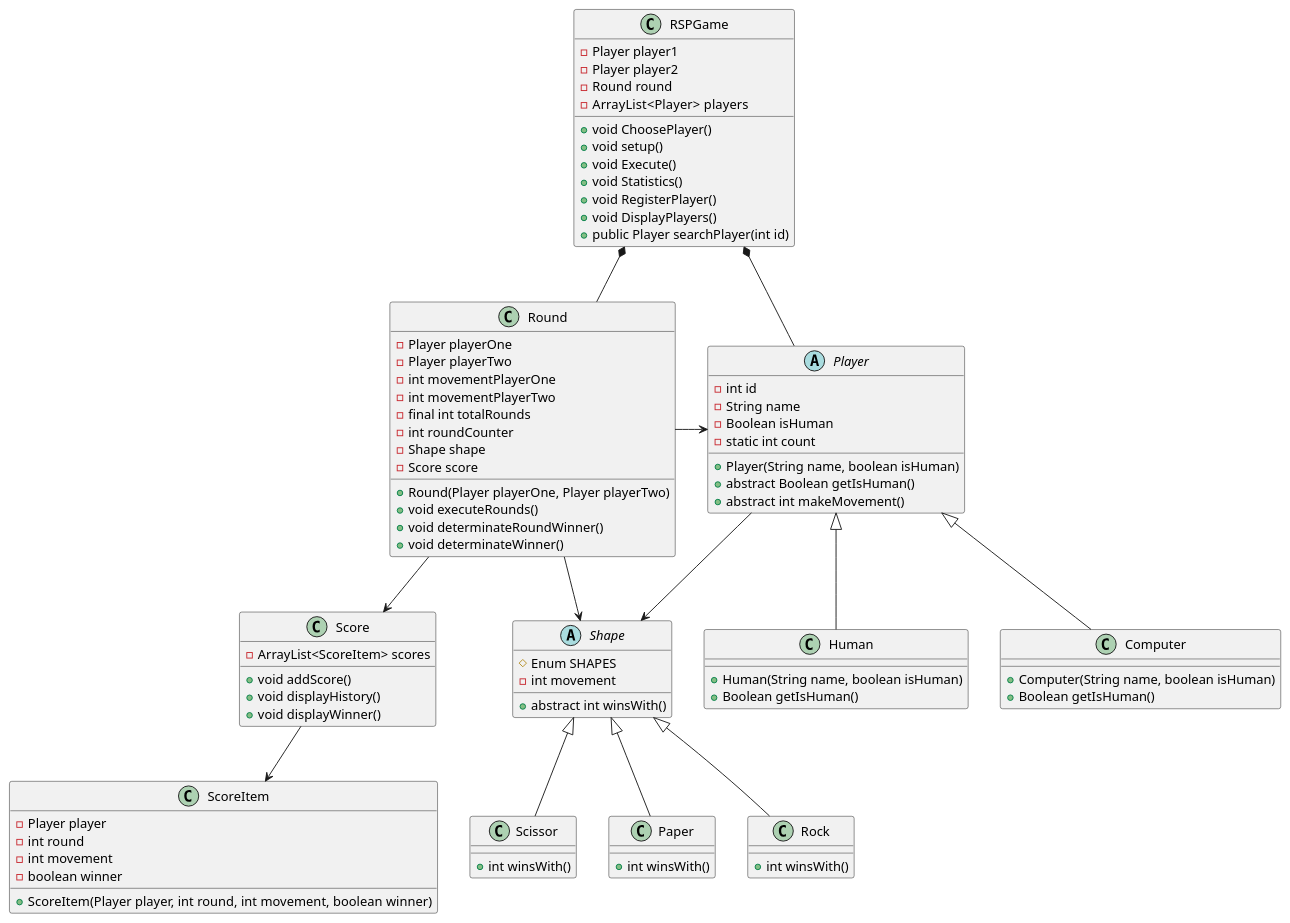
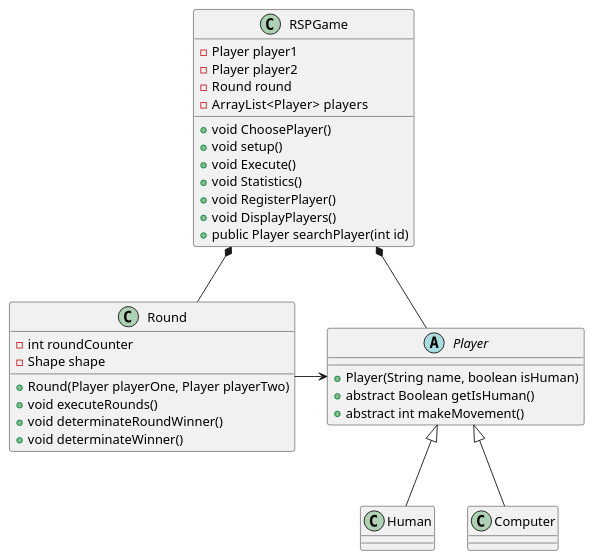
One commit to andrescordovatelus/RockPaperScissor-MVC changed the diagram in docs/rsp-classes.wsd. Above: the diagram before and after it, drawn with PlantUML. The commit also changed 4 other files, not shown here.

Commit message:
creating mvc structure diagrams

```diff
--- a/docs/rsp-classes.wsd
+++ b/docs/rsp-classes.wsd
@@ -1,106 +1,52 @@
 @startuml rsp-classes
     class RSPGame{
         -Player player1
         -Player player2
         -Round round
         -ArrayList<Player>  players
 
         +void ChoosePlayer()
         +void setup()
         +void Execute()
         +void Statistics()
         +void RegisterPlayer()
         +void DisplayPlayers()
         +public Player searchPlayer(int id)
     }
 
     abstract class Player{
-        -int id
-        -String name
-        -Boolean isHuman
-        -static int count
 
         +Player(String name, boolean isHuman)
         +abstract Boolean getIsHuman()
         +abstract int makeMovement()
     }
 
-    class Human{
-        +Human(String name, boolean isHuman)
-        +Boolean getIsHuman()
-    }
-
-    class Computer{
-        +Computer(String name, boolean isHuman)
-        +Boolean getIsHuman()
-    }
-
-    class Score{
-        -ArrayList<ScoreItem> scores
-
-        +void addScore()
-        +void displayHistory()
-        +void displayWinner()
-    }
-
-    class ScoreItem{
-        -Player player
-        -int round
-        -int movement
-        -boolean winner
-
-        +ScoreItem(Player player, int round, int movement, boolean winner)
-    }
 
     class Round{
-        -Player playerOne
-        -Player playerTwo
-        -int movementPlayerOne
-        -int movementPlayerTwo
-        -final int totalRounds
         -int roundCounter
         -Shape shape
-        -Score score
 
         +Round(Player playerOne, Player playerTwo)
         +void executeRounds()
         +void determinateRoundWinner()
         +void determinateWinner()
     }
 
-    abstract class Shape{
-        #Enum SHAPES
-        -int movement
-
-        +abstract int winsWith()
+    class Human{
+        
     }
 
-    class Rock{
-        +int winsWith()
-    }
-
-    class Scissor{
-        +int winsWith()
-    }
-
-    class Paper{
-        +int winsWith()
+    class Computer{
+        
     }
 
     RSPGame *-- Player
     RSPGame *-- Round
 
-    Score --> ScoreItem
 
     Player <|-- Human
     Player <|-- Computer
-    Shape <|-- Rock
-    Shape <|-- Scissor
-    Shape <|-- Paper
 
-    Player -right-> Shape
     Round -right-> Player
-    Round --> Score
-    Round --> Shape
 
 @enduml
```
